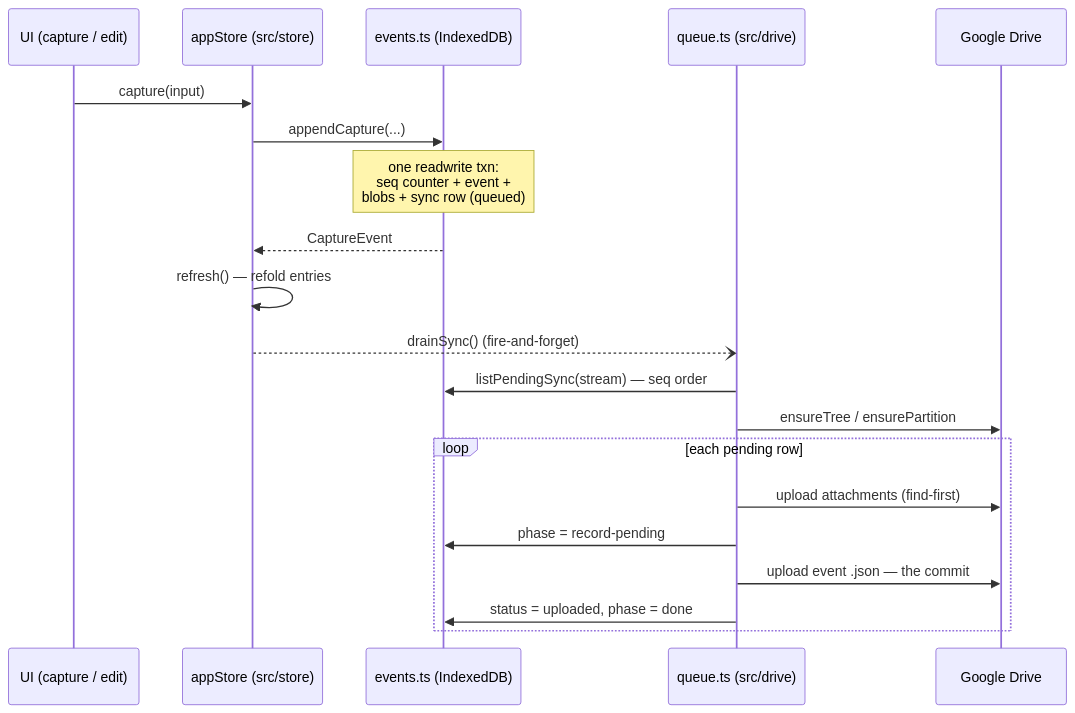
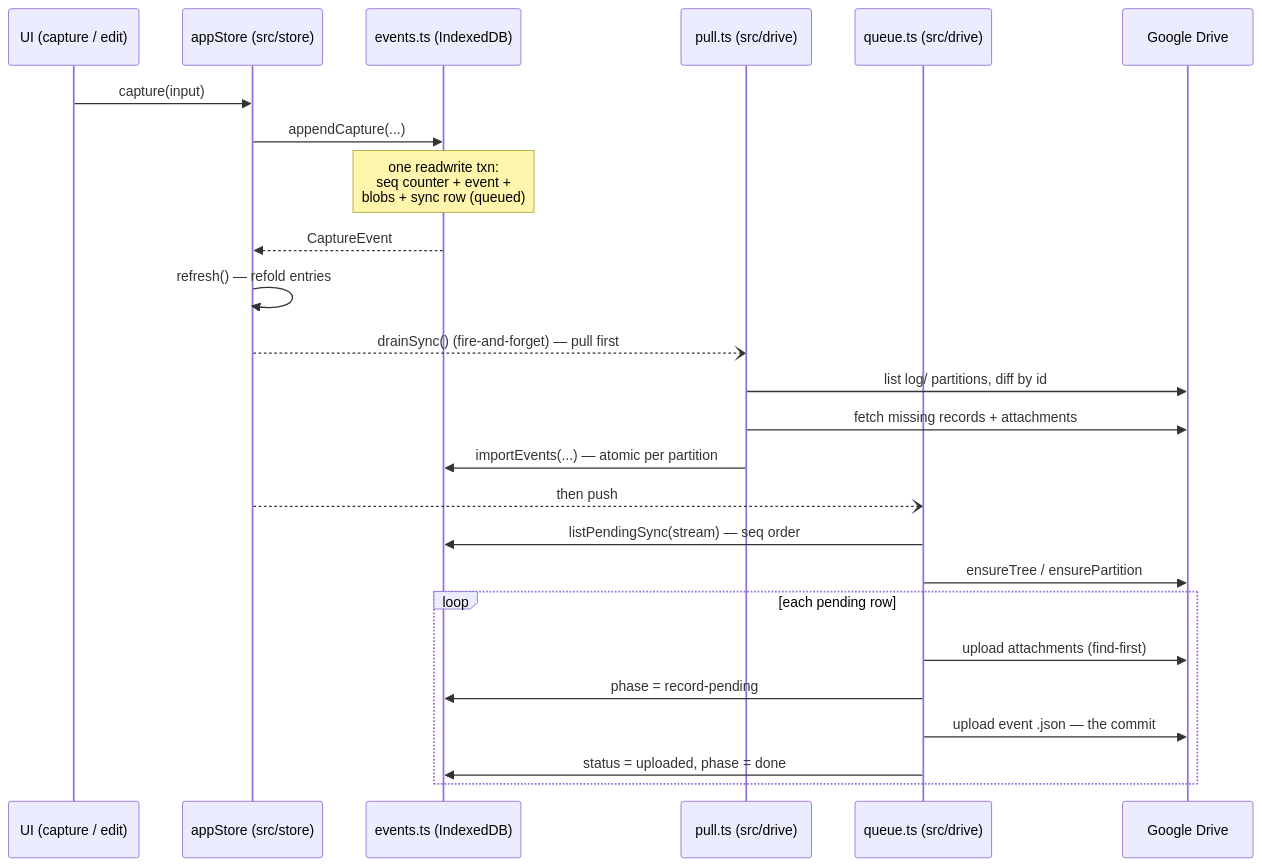
One commit to elimelt/capture changed the diagram in docs/subsystems/data-and-sync.md. Above: the diagram before and after it, drawn with Mermaid. The commit also changed other lines of this file and 9 other files, not shown here.

````diff
--- a/docs/subsystems/data-and-sync.md
+++ b/docs/subsystems/data-and-sync.md
@@ -56,23 +63,28 @@
 ```mermaid
 sequenceDiagram
     participant UI as UI (capture / edit)
     participant AS as appStore (src/store)
     participant EV as events.ts (IndexedDB)
+    participant P as pull.ts (src/drive)
     participant Q as queue.ts (src/drive)
     participant D as Google Drive
 
     UI->>AS: capture(input)
     AS->>EV: appendCapture(...)
     Note over EV: one readwrite txn:<br/>seq counter + event +<br/>blobs + sync row (queued)
     EV-->>AS: CaptureEvent
     AS->>AS: refresh() — refold entries
-    AS--)Q: drainSync() (fire-and-forget)
+    AS--)P: drainSync() (fire-and-forget) — pull first
+    P->>D: list log/ partitions, diff by id
+    P->>D: fetch missing records + attachments
+    P->>EV: importEvents(...) — atomic per partition
+    AS--)Q: then push
     Q->>EV: listPendingSync(stream) — seq order
     Q->>D: ensureTree / ensurePartition
     loop each pending row
         Q->>D: upload attachments (find-first)
         Q->>EV: phase = record-pending
         Q->>D: upload event .json — the commit
         Q->>EV: status = uploaded, phase = done
     end
 ```
````
